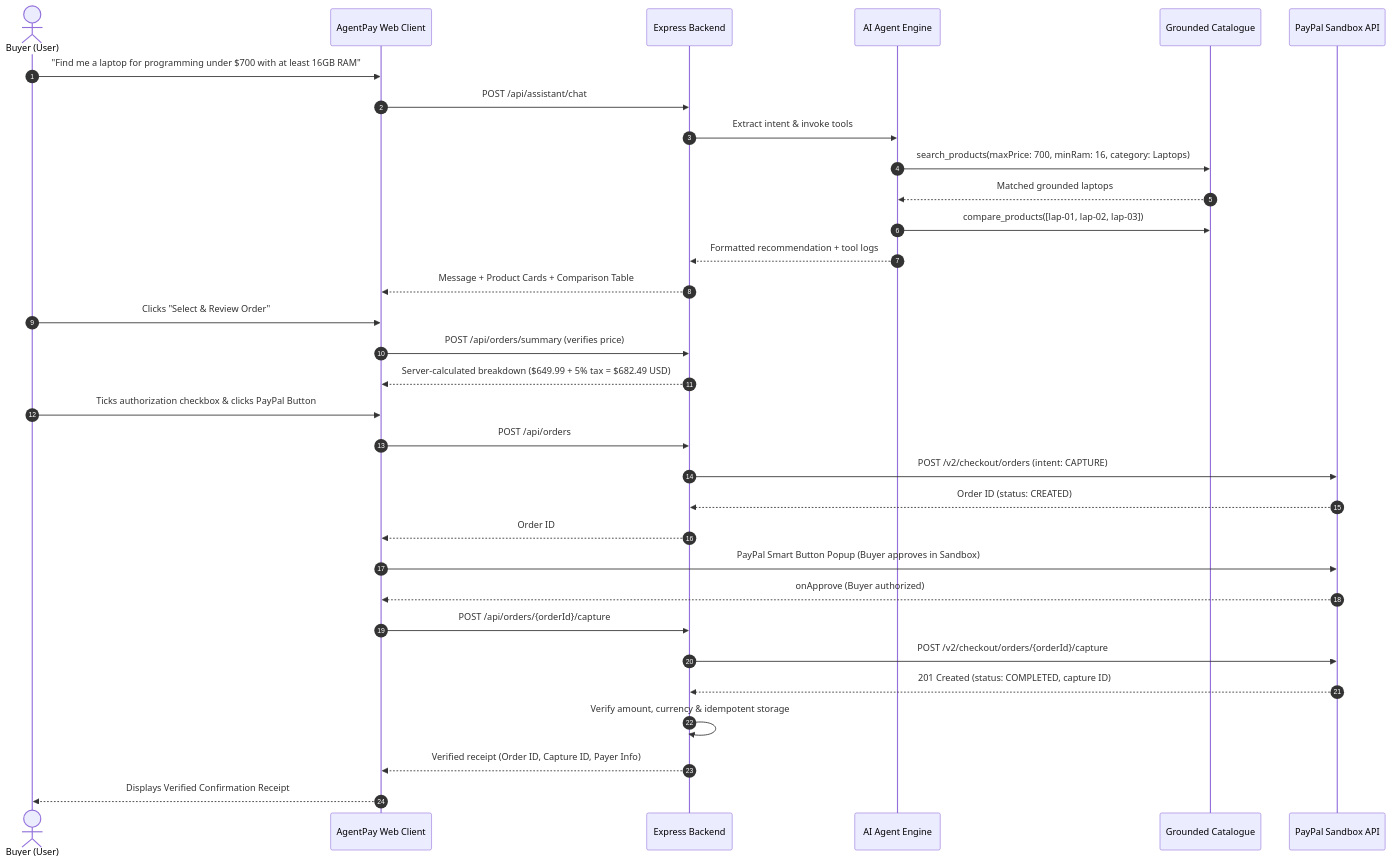
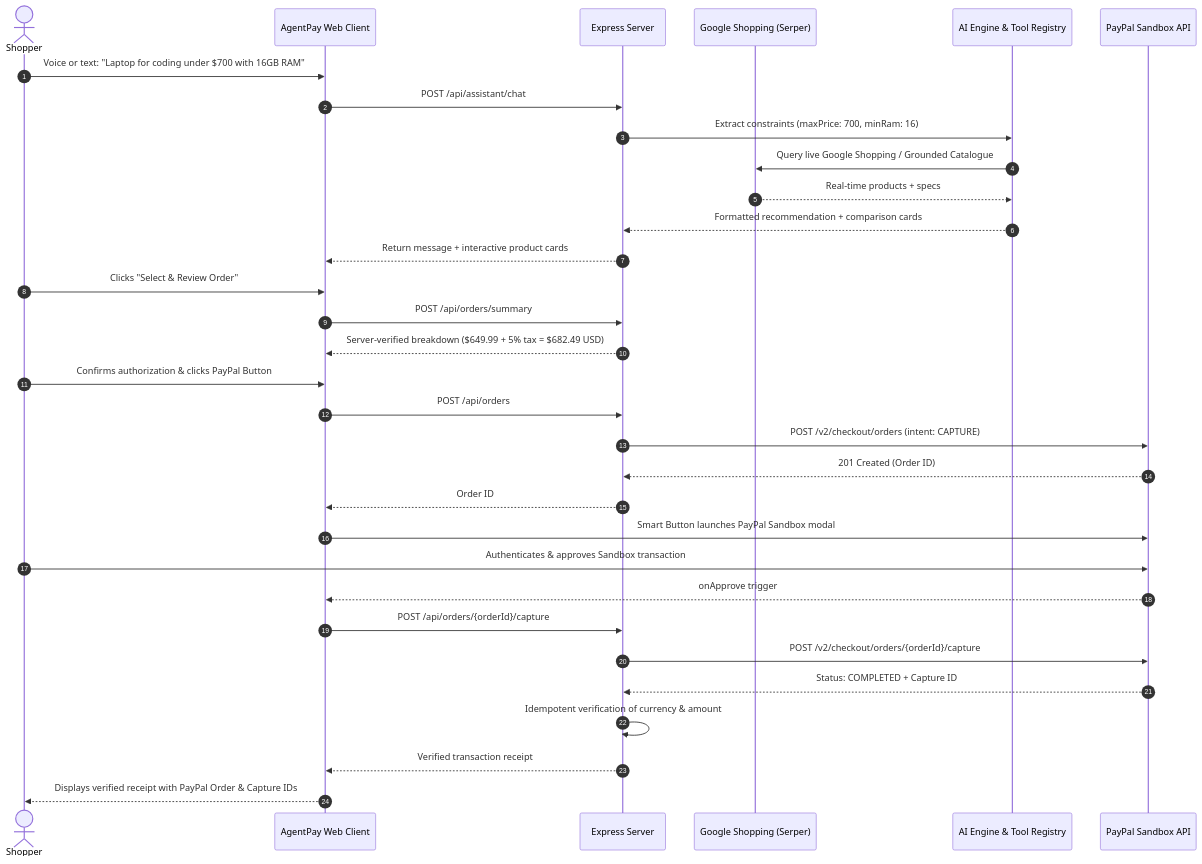
The diagram in README.md (ChinmayaBiswal7/AgentPay), drawn with Mermaid before and after one commit. The commit also changed other lines of this file and 1 other file, not shown here.

Commit message:
docs: enhance README with architecture diagram, live Serper discovery, and test suite verification

````diff
--- a/README.md
+++ b/README.md
@@ -41,35 +50,38 @@
 ```mermaid
 sequenceDiagram
     autonumber
-    actor Buyer as Buyer (User)
-    participant Client as AgentPay Web Client
-    participant Server as Express Backend
-    participant AI as AI Agent Engine
-    participant Catalog as Grounded Catalogue
+    actor Buyer as Shopper
+    participant UI as AgentPay Web Client
+    participant Server as Express Server
+    participant Discovery as Google Shopping (Serper)
+    participant AI as AI Engine & Tool Registry
     participant PayPal as PayPal Sandbox API
 
-    Buyer->>Client: "Find me a laptop for programming under $700 with at least 16GB RAM"
-    Client->>Server: POST /api/assistant/chat
-    Server->>AI: Extract intent & invoke tools
-    AI->>Catalog: search_products(maxPrice: 700, minRam: 16, category: Laptops)
-    Catalog-->>AI: Matched grounded laptops
-    AI->>Catalog: compare_products([lap-01, lap-02, lap-03])
-    AI-->>Server: Formatted recommendation + tool logs
-    Server-->>Client: Message + Product Cards + Comparison Table
-    Buyer->>Client: Clicks "Select & Review Order"
-    Client->>Server: POST /api/orders/summary (verifies price)
-    Server-->>Client: Server-calculated breakdown ($649.99 + 5% tax = $682.49 USD)
-    Buyer->>Client: Ticks authorization checkbox & clicks PayPal Button
-    Client->>Server: POST /api/orders
+    Buyer->>UI: Voice or text: "Laptop for coding under $700 with 16GB RAM"
+    UI->>Server: POST /api/assistant/chat
+    Server->>AI: Extract constraints (maxPrice: 700, minRam: 16)
+    AI->>Discovery: Query live Google Shopping / Grounded Catalogue
+    Discovery-->>AI: Real-time products + specs
+    AI-->>Server: Formatted recommendation + comparison cards
+    Server-->>UI: Return message + interactive product cards
+
+    Buyer->>UI: Clicks "Select & Review Order"
+    UI->>Server: POST /api/orders/summary
+    Server-->>UI: Server-verified breakdown ($649.99 + 5% tax = $682.49 USD)
+
+    Buyer->>UI: Confirms authorization & clicks PayPal Button
+    UI->>Server: POST /api/orders
     Server->>PayPal: POST /v2/checkout/orders (intent: CAPTURE)
-    PayPal-->>Server: Order ID (status: CREATED)
-    Server-->>Client: Order ID
-    Client->>PayPal: PayPal Smart Button Popup (Buyer approves in Sandbox)
-    PayPal-->>Client: onApprove (Buyer authorized)
-    Client->>Server: POST /api/orders/{orderId}/capture
+    PayPal-->>Server: 201 Created (Order ID)
+    Server-->>UI: Order ID
+    UI->>PayPal: Smart Button launches PayPal Sandbox modal
+    Buyer->>PayPal: Authenticates & approves Sandbox transaction
+    PayPal-->>UI: onApprove trigger
+
+    UI->>Server: POST /api/orders/{orderId}/capture
     Server->>PayPal: POST /v2/checkout/orders/{orderId}/capture
-    PayPal-->>Server: 201 Created (status: COMPLETED, capture ID)
-    Server->>Server: Verify amount, currency & idempotent storage
-    Server-->>Client: Verified receipt (Order ID, Capture ID, Payer Info)
-    Client-->>Buyer: Displays Verified Confirmation Receipt
+    PayPal-->>Server: Status: COMPLETED + Capture ID
+    Server->>Server: Idempotent verification of currency & amount
+    Server-->>UI: Verified transaction receipt
+    UI-->>Buyer: Displays verified receipt with PayPal Order & Capture IDs
 ```
````
